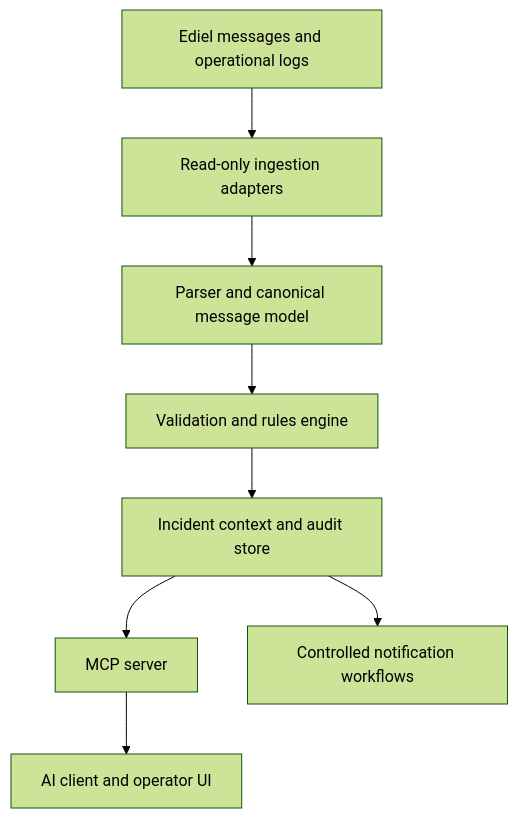
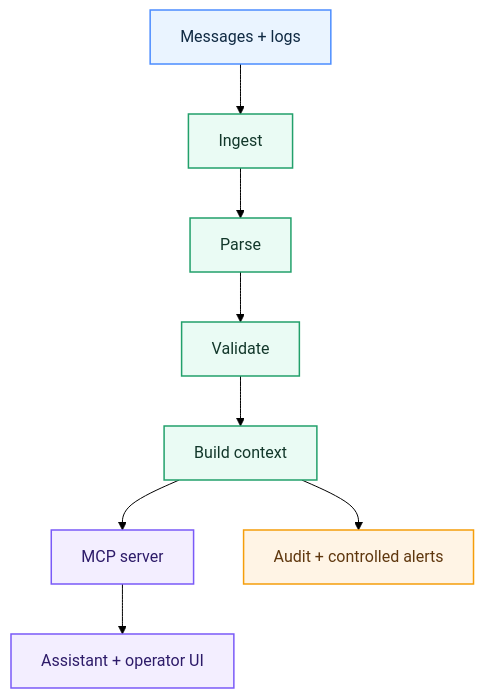
The diagram in README.md (cjrandersson/tydel-arosyn-mcp), drawn with Mermaid (forest theme) before and after one commit. The commit also changed other lines of this file and 7 other files, not shown here.

Commit message:
docs: add project structure and clearer architecture

````diff
--- a/README.md
+++ b/README.md
@@ -48,10 +32,15 @@
 ```mermaid
 flowchart TD
-    A["Ediel messages and operational logs"] --> B["Read-only ingestion adapters"]
-    B --> C["Parser and canonical message model"]
-    C --> D["Validation and rules engine"]
-    D --> E["Incident context and audit store"]
-    E --> F["MCP server"]
-    F --> G["AI client and operator UI"]
-    E --> H["Controlled notification workflows"]
+    A["Messages + logs"]:::input --> B["Ingest"]:::core
+    B --> C["Parse"]:::core
+    C --> D["Validate"]:::core
+    D --> E["Build context"]:::core
+    E --> F["MCP server"]:::mcp
+    F --> G["Assistant + operator UI"]:::mcp
+    E --> H["Audit + controlled alerts"]:::action
+
+    classDef input fill:#EAF4FF,stroke:#4C8DFF,color:#102A43,stroke-width:1.5px;
+    classDef core fill:#EAFBF4,stroke:#22A06B,color:#12372A,stroke-width:1.5px;
+    classDef mcp fill:#F3EEFF,stroke:#7A5AF8,color:#2D1B69,stroke-width:1.5px;
+    classDef action fill:#FFF4E5,stroke:#F59E0B,color:#5F370E,stroke-width:1.5px;
 ```
````
